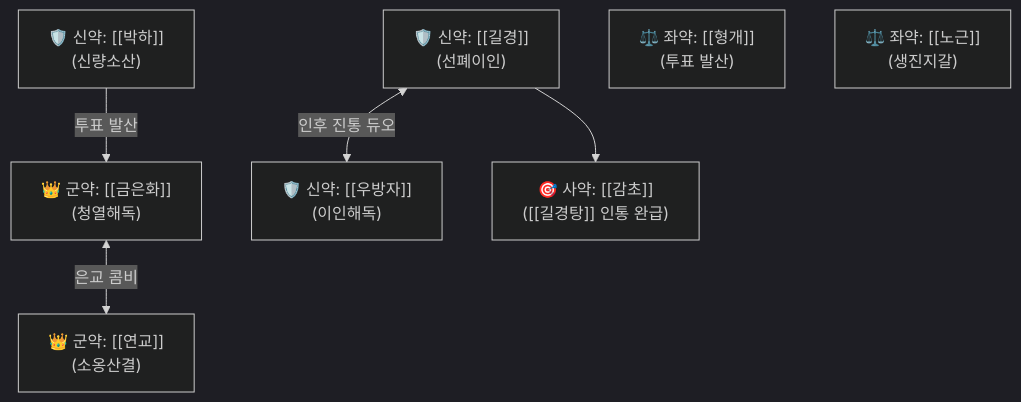
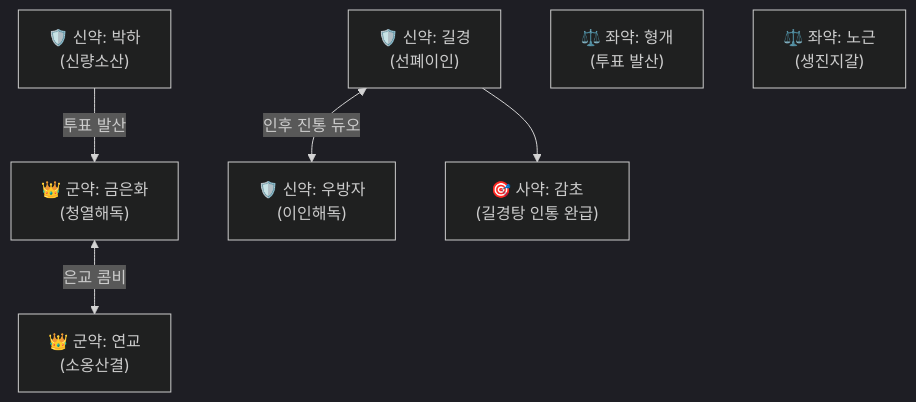
One commit to simbio11/simbio-digital-garden2 changed the diagram in content/2. 약리 공부/처방/01_해표제/은교산.md. Above: the diagram before and after it, drawn with Mermaid (dark theme). The commit also changed other lines of this file and 323 other files, not shown here.

````diff
--- a/content/2. 약리 공부/처방/01_해표제/은교산.md
+++ b/content/2. 약리 공부/처방/01_해표제/은교산.md
@@ -54,9 +56,9 @@
 ```mermaid
 graph TD
-    GEH["👑 군약: [[금은화]]<br>(청열해독)"] <-->|은교 콤비| YG["👑 군약: [[연교]]<br>(소옹산결)"]
-    BH["🛡️ 신약: [[박하]]<br>(신량소산)"] -->|투표 발산| GEH
-    GG["🛡️ 신약: [[길경]]<br>(선폐이인)"] <-->|인후 진통 듀오| UBZ["🛡️ 신약: [[우방자]]<br>(이인해독)"]
-    GG --> GC["🎯 사약: [[감초]]<br>([[길경탕]] 인통 완급)"]
-    HG["⚖️ 좌약: [[형개]]<br>(투표 발산)"]
-    NG["⚖️ 좌약: [[노근]]<br>(생진지갈)"]
+    GEH["👑 군약: 금은화<br>(청열해독)"] <-->|은교 콤비| YG["👑 군약: 연교<br>(소옹산결)"]
+    BH["🛡️ 신약: 박하<br>(신량소산)"] -->|투표 발산| GEH
+    GG["🛡️ 신약: 길경<br>(선폐이인)"] <-->|인후 진통 듀오| UBZ["🛡️ 신약: 우방자<br>(이인해독)"]
+    GG --> GC["🎯 사약: 감초<br>(길경탕 인통 완급)"]
+    HG["⚖️ 좌약: 형개<br>(투표 발산)"]
+    NG["⚖️ 좌약: 노근<br>(생진지갈)"]
 ```
````
